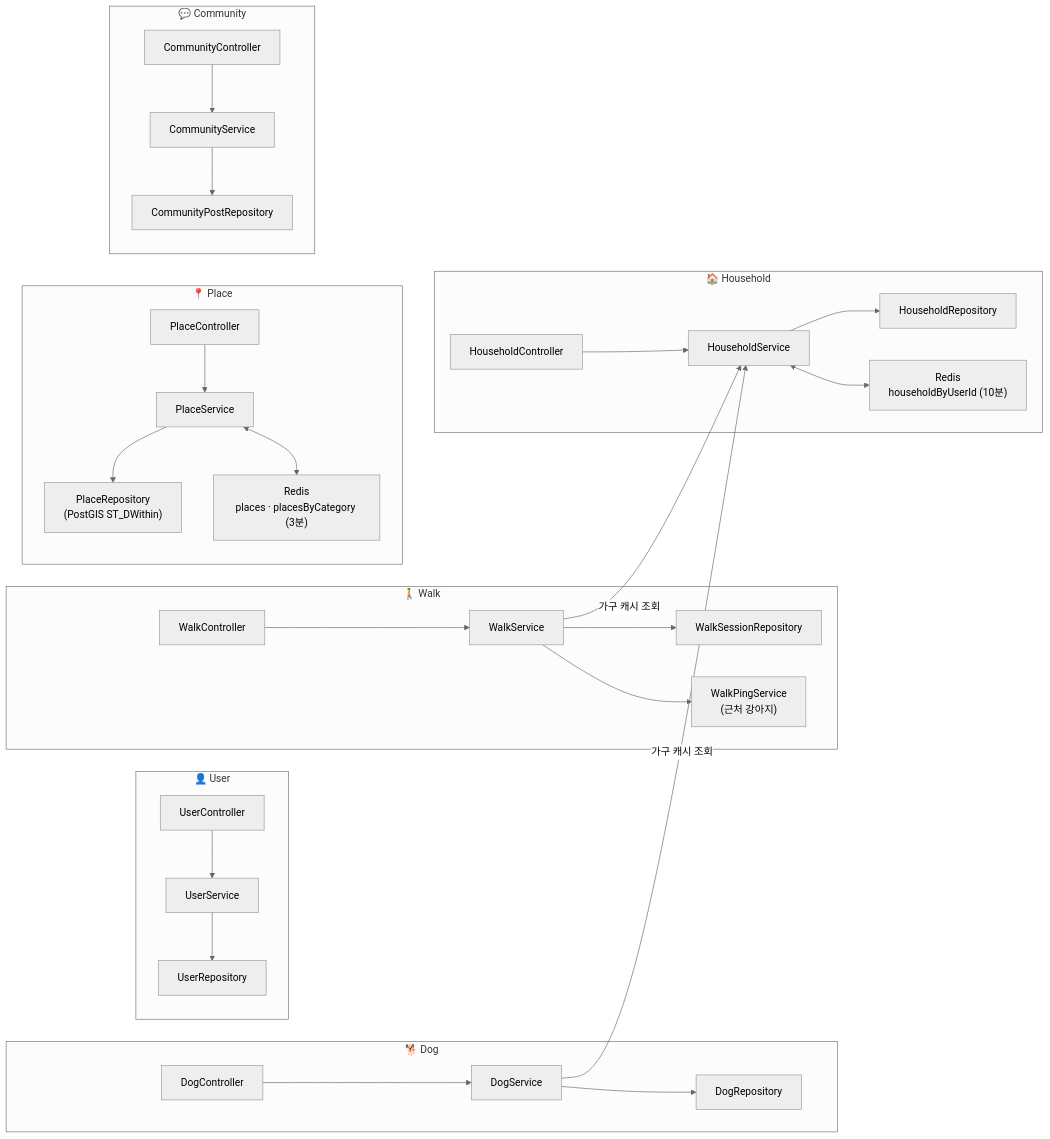
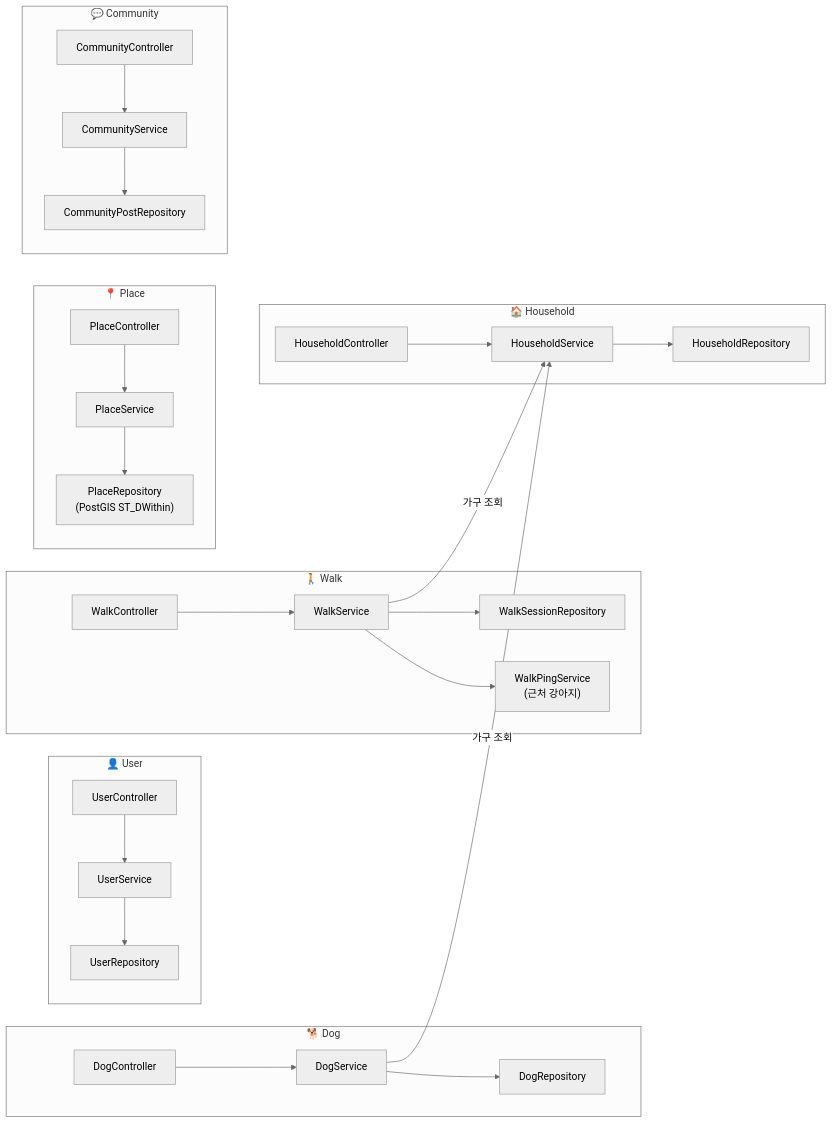
The third of 4 diagrams in README.md (Minthug/Doggy), drawn with Mermaid (neutral theme) before and after one commit. The commit also changed other lines of this file and 15 other files, not shown here.

Commit message:
Harden public walk sharing and remove Redis cache

````diff
--- a/README.md
+++ b/README.md
@@ -140,53 +135,49 @@
 ```mermaid
 graph LR
     subgraph user["👤 User"]
         U_C["UserController"]
         U_S["UserService"]
         U_R["UserRepository"]
         U_C --> U_S --> U_R
     end
 
     subgraph dog["🐕 Dog"]
         D_C["DogController"]
         D_S["DogService"]
         D_R["DogRepository"]
         D_C --> D_S --> D_R
     end
 
     subgraph walk["🚶 Walk"]
         W_C["WalkController"]
         W_S["WalkService"]
         W_R["WalkSessionRepository"]
         W_C --> W_S --> W_R
         PING["WalkPingService\n(근처 강아지)"]
         W_S --> PING
     end
 
     subgraph household["🏠 Household"]
         H_C["HouseholdController"]
         H_S["HouseholdService"]
         H_R["HouseholdRepository"]
         H_C --> H_S --> H_R
-        H_CACHE["Redis\nhouseholdByUserId (10분)"]
-        H_S <--> H_CACHE
     end
 
     subgraph place["📍 Place"]
         P_C["PlaceController"]
         P_S["PlaceService"]
         P_R["PlaceRepository\n(PostGIS ST_DWithin)"]
         P_C --> P_S --> P_R
-        P_CACHE["Redis\nplaces · placesByCategory (3분)"]
-        P_S <--> P_CACHE
     end
 
     subgraph community["💬 Community"]
         C_C["CommunityController"]
         C_S["CommunityService"]
         C_R["CommunityPostRepository"]
         C_C --> C_S --> C_R
     end
 
-    W_S -->|"가구 캐시 조회"| H_S
-    D_S -->|"가구 캐시 조회"| H_S
+    W_S -->|"가구 조회"| H_S
+    D_S -->|"가구 조회"| H_S
 ```
````
